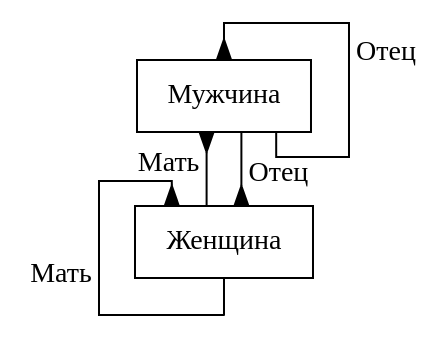
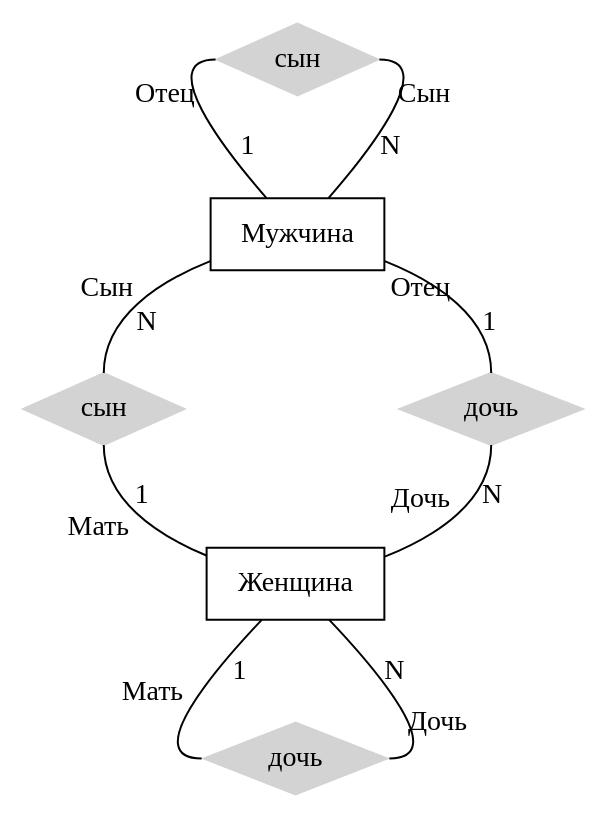
Before and after one commit to rokymiel/BD_B2019_PING_7: the diagram in Practice 2/Костя Борисов/task2_3.dot, drawn with Graphviz. The commit also changed 11 other files, not shown here.

```diff
--- a/Practice 2/Костя Борисов/task2_3.dot
+++ b/Practice 2/Костя Борисов/task2_3.dot
@@ -1,13 +1,23 @@
-digraph ER {
+graph ER {
   #layout=neato;
+  nodesep=1.5
   Мужчина [shape=record, label="{Мужчина}"];
   Женщина [shape=record, label="{Женщина}"];
 
-  #rankdir=LR;
-  splines=ortho;
-  edge [arrowtail=inv, arrowhead=inv, dir=back];
-  Мужчина -> Мужчина [xlabel="Отец"];
-  Женщина -> Мужчина [xlabel="Отец"];
-  Мужчина -> Женщина [xlabel="Мать"];
-  Женщина -> Женщина [xlabel="Мать"];
+  node [shape=diamond, style=filled, color=lightgrey];
+  дочь дочь_2 [label="дочь"] сын сын_2 [label="сын"];
+
+  Мужчина -- сын:e [label="N", xlabel="Cын"];
+  сын:w -- Мужчина [label="1", xlabel="Отец"];
+  Женщина -- дочь:e [label="N", xlabel="Дочь"];
+  дочь:w -- Женщина [label="1", xlabel="Мать"];
+
+  Мужчина -- сын_2:n [label="N", xlabel="Cын"];
+  сын_2:s -- Женщина [label="1", xlabel="Мать"];
+  Женщина -- дочь_2:s [label="N", xlabel="Дочь"];
+  дочь_2:n -- Мужчина [label="1", xlabel="Отец"];
+
+  {rank = same дочь_2 сын_2}
+  {rank = min сын}
+  {rank = max дочь}
 }
```
